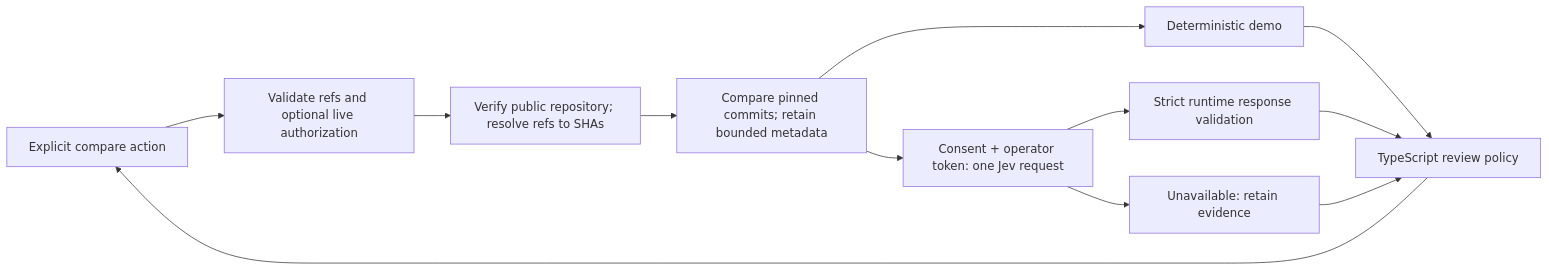
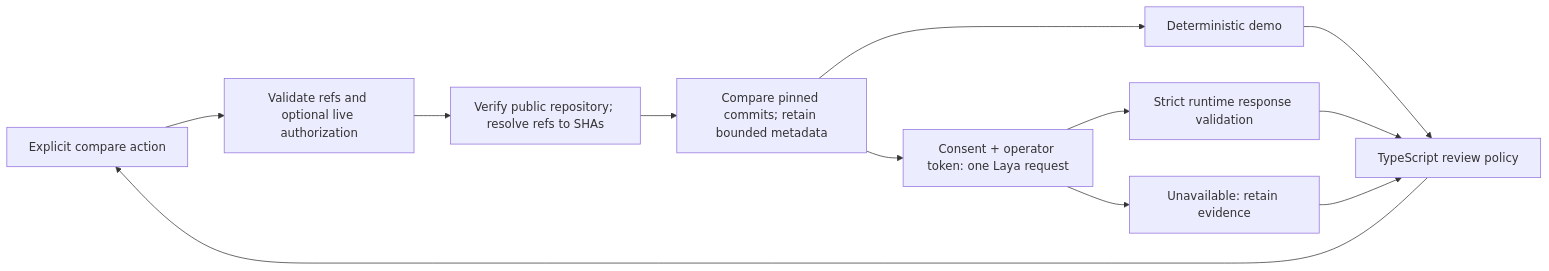
One commit to MaxRecursion/Archeo changed the diagram in docs/ARCHITECTURE.md. Above: the diagram before and after it, drawn with Mermaid. The commit also changed other lines of this file and 34 other files, not shown here.

Commit message:
Replace hosted Jev with self-hosted Laya

````diff
--- a/docs/ARCHITECTURE.md
+++ b/docs/ARCHITECTURE.md
@@ -40,14 +40,14 @@
 ```mermaid
 flowchart LR
   UI[Explicit compare action] --> API[Validate refs and optional live authorization]
   API --> GH[Verify public repository; resolve refs to SHAs]
   GH --> FACTS[Compare pinned commits; retain bounded metadata]
   FACTS --> DEMO[Deterministic demo]
-  FACTS --> JEV[Consent + operator token: one Jev request]
+  FACTS --> LAYA[Consent + operator token: one Laya request]
   DEMO --> POLICY[TypeScript review policy]
-  JEV --> VALIDATE[Strict runtime response validation]
+  LAYA --> VALIDATE[Strict runtime response validation]
   VALIDATE --> POLICY
-  JEV --> FAIL[Unavailable: retain evidence]
+  LAYA --> FAIL[Unavailable: retain evidence]
   FAIL --> POLICY
   POLICY --> UI
 ```
````
